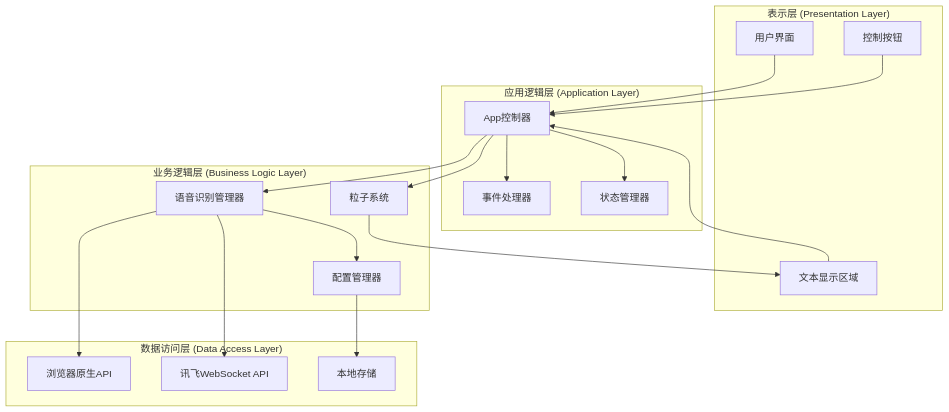
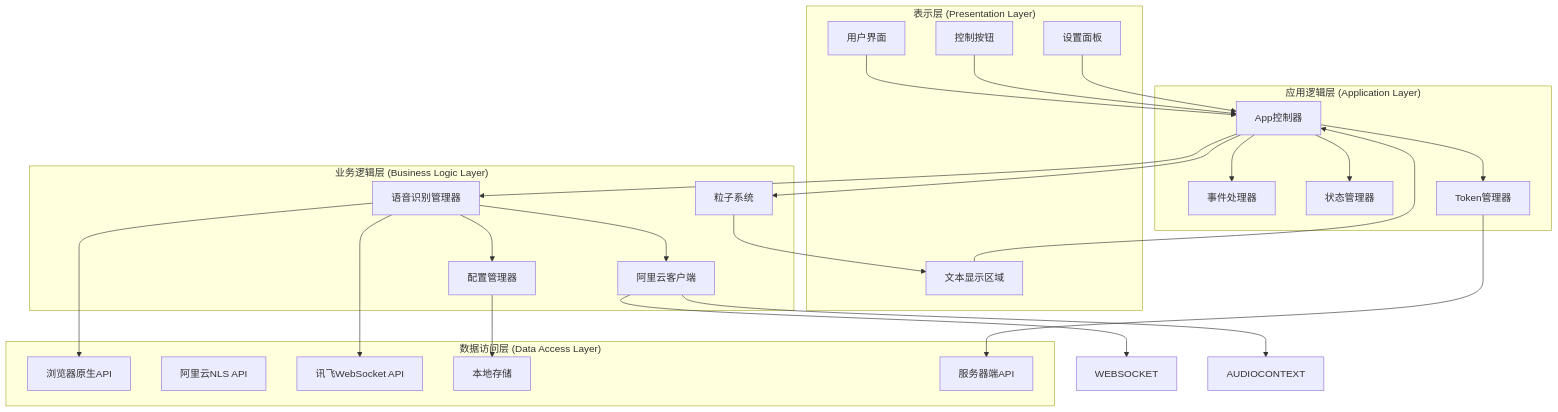
One commit to db300/MySpeechRecognition changed the second of 7 diagrams in .qoder/repowiki/zh/content/API参考文档/API参考文档.md. Above: the diagram before and after it, drawn with Mermaid. The commit also changed other lines of this file and 26 other files, not shown here.

````diff
--- a/.qoder/repowiki/zh/content/API参考文档/API参考文档.md
+++ b/.qoder/repowiki/zh/content/API参考文档/API参考文档.md
@@ -146,35 +188,46 @@
 ```mermaid
 graph TB
 subgraph "表示层 (Presentation Layer)"
 UI[用户界面]
 CONTROLS[控制按钮]
 DISPLAY[文本显示区域]
+SETTINGS[设置面板]
 end
 subgraph "应用逻辑层 (Application Layer)"
 APP_CTRL[App控制器]
 EVENT_HANDLER[事件处理器]
 STATE_MANAGER[状态管理器]
+TOKEN_MANAGER[Token管理器]
 end
 subgraph "业务逻辑层 (Business Logic Layer)"
 SPEECH_MGR[语音识别管理器]
+ALIYUN_CLIENT[阿里云客户端]
 PARTICLE_SYS[粒子系统]
 CONFIG_MGR[配置管理器]
 end
 subgraph "数据访问层 (Data Access Layer)"
 NATIVE_API[浏览器原生API]
+ALIYUN_API[阿里云NLS API]
 XFYUN_API[讯飞WebSocket API]
 LOCAL_STORAGE[本地存储]
+SERVER_API[服务器端API]
 end
 UI --> APP_CTRL
 CONTROLS --> APP_CTRL
 DISPLAY --> APP_CTRL
+SETTINGS --> APP_CTRL
 APP_CTRL --> EVENT_HANDLER
 APP_CTRL --> STATE_MANAGER
+APP_CTRL --> TOKEN_MANAGER
 APP_CTRL --> SPEECH_MGR
 APP_CTRL --> PARTICLE_SYS
 SPEECH_MGR --> NATIVE_API
+SPEECH_MGR --> ALIYUN_CLIENT
 SPEECH_MGR --> XFYUN_API
 SPEECH_MGR --> CONFIG_MGR
+TOKEN_MANAGER --> SERVER_API
 CONFIG_MGR --> LOCAL_STORAGE
 PARTICLE_SYS --> DISPLAY
+ALIYUN_CLIENT --> WEBSOCKET
+ALIYUN_CLIENT --> AUDIOCONTEXT
 ```
````
